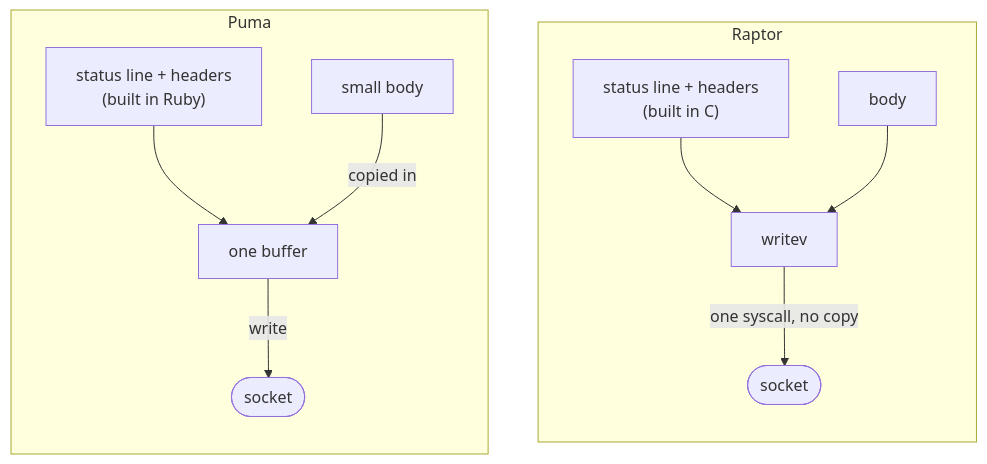
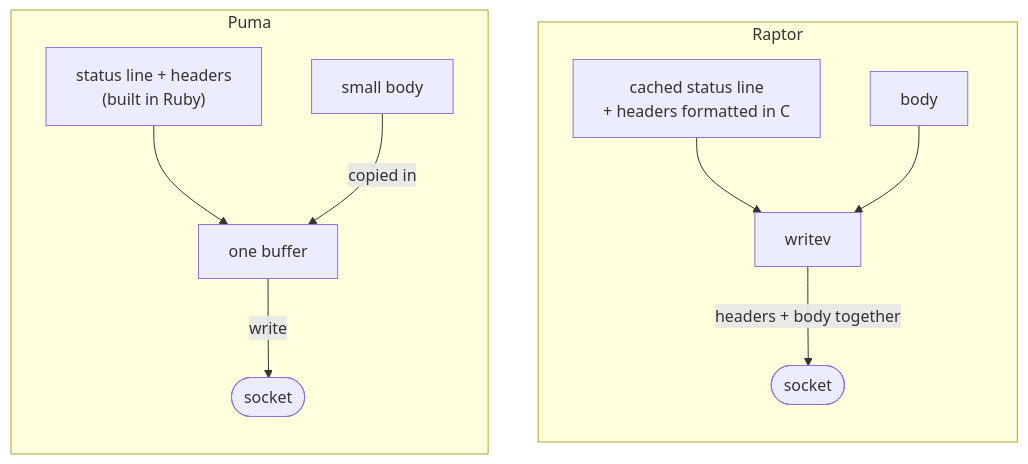
One commit to joshuay03/raptor changed diagram 11 of 18 in docs/talk.md. Above: the diagram before and after it, drawn with Mermaid. The commit also changed other lines of this file and 3 other files, not shown here.

````diff
--- a/docs/talk.md
+++ b/docs/talk.md
@@ -709,18 +721,18 @@
 ```mermaid
 flowchart LR
     subgraph P["Puma"]
         direction TB
         PH["status line + headers<br/>(built in Ruby)"] --> PB["one buffer"]
         PBody["small body"] -->|"copied in"| PB
         PB -->|"write"| PS(["socket"])
     end
 
     subgraph R["Raptor"]
         direction TB
-        RH["status line + headers<br/>(built in C)"] --> RV["writev"]
+        RH["cached status line<br/>+ headers formatted in C"] --> RV["writev"]
         RBody["body"] --> RV
-        RV -->|"one syscall, no copy"| RS(["socket"])
+        RV -->|"headers + body together"| RS(["socket"])
     end
 
     P ~~~ R
 ```
````
